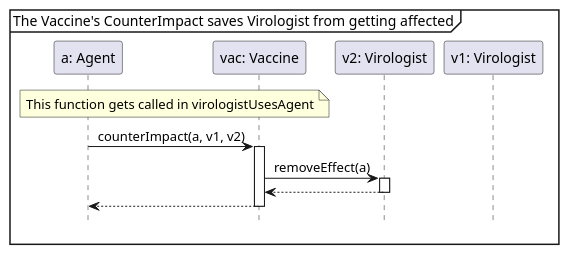
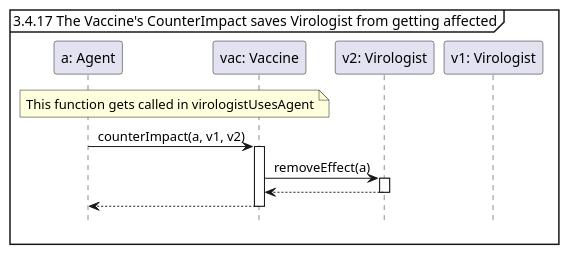
The diagram in docs/seqDiagrams/12_4vaccineCounterImpact.puml (Tschonti/503-service-unavailable), drawn with PlantUML before and after one commit. The commit also changed 5 other files, not shown here.

```diff
--- a/docs/seqDiagrams/12_4vaccineCounterImpact.puml
+++ b/docs/seqDiagrams/12_4vaccineCounterImpact.puml
@@ -1,18 +1,19 @@
 @startuml
 'https://plantuml.com/sequence-diagram
 hide footbox
 skinparam sequenceMessageAlign center
-mainframe The Vaccine's CounterImpact saves Virologist from getting affected
+
+mainframe 3.4.17 The Vaccine's CounterImpact saves Virologist from getting affected
 
 participant "a: Agent" as a
 participant "vac: Vaccine" as vac
 participant "v2: Virologist" as v2
 participant "v1: Virologist" as v1
 
 note over a, vac : This function gets called in virologistUsesAgent
 a -> vac ++: counterImpact(a, v1, v2)
     vac -> v2++: removeEffect(a)
     return
 return
 
 @enduml
```
